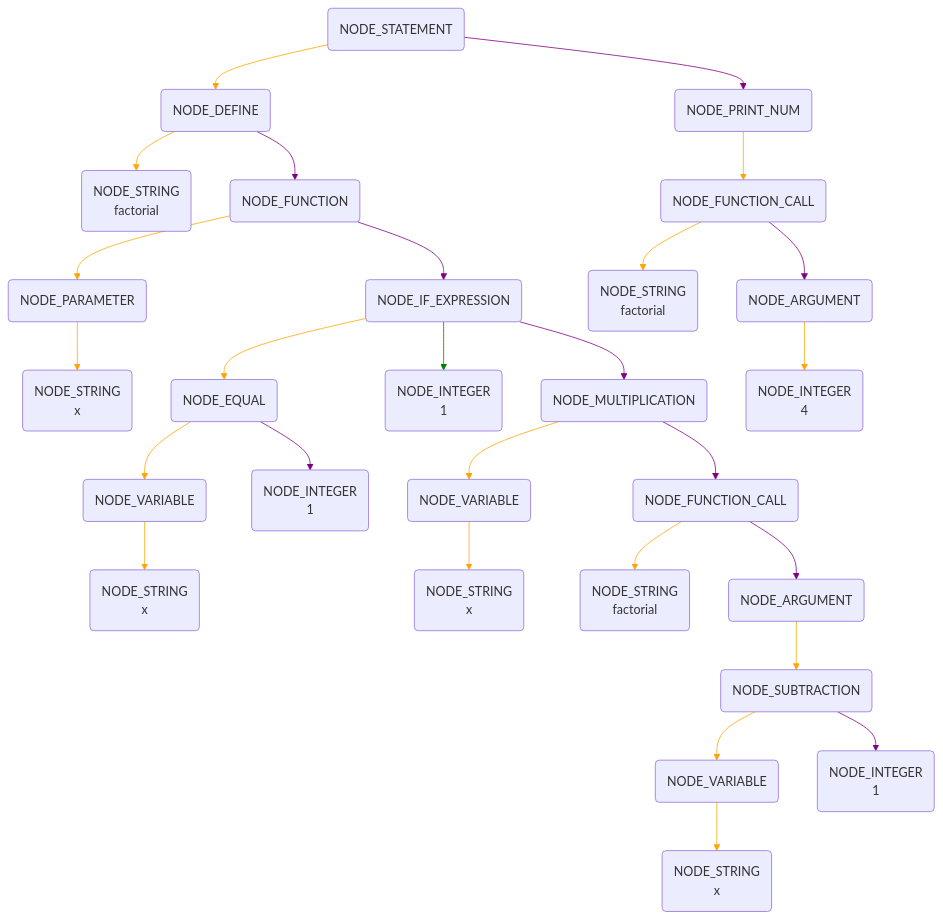
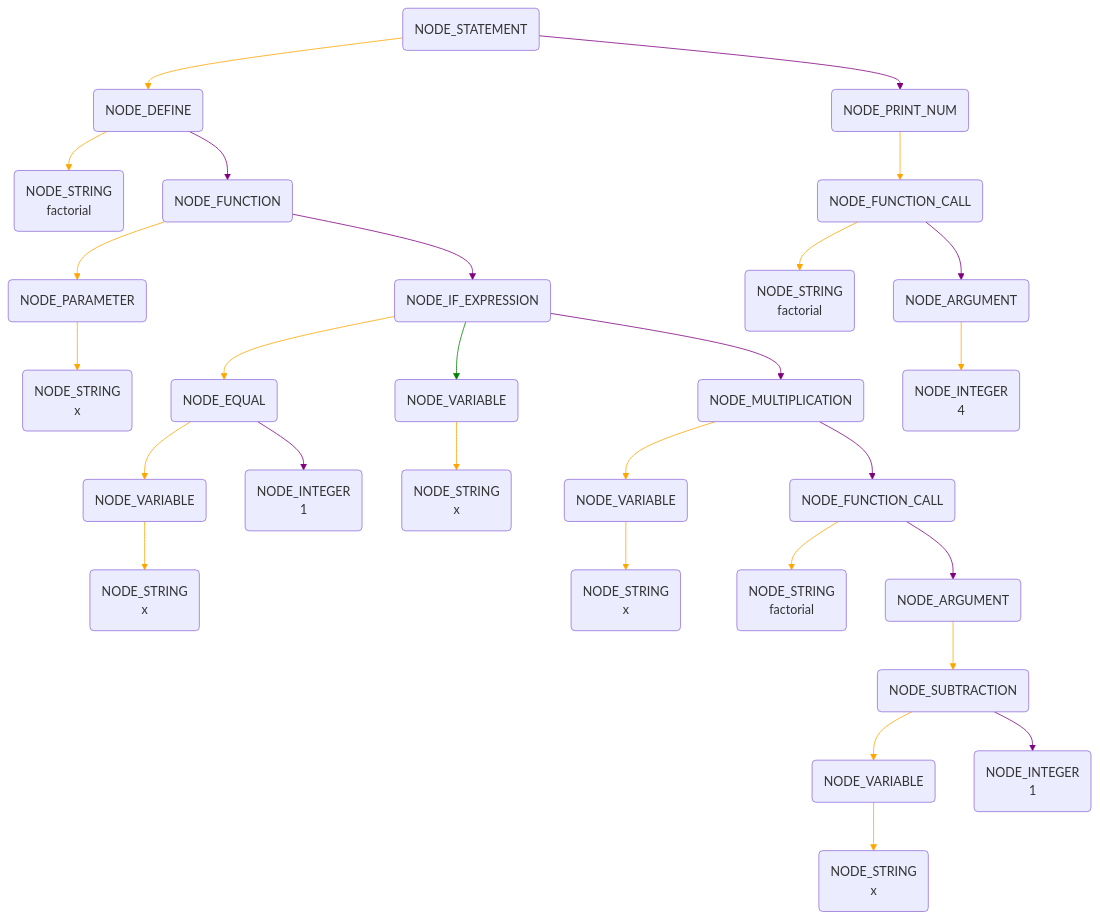
One commit to RobinHsieh/Compiler_in_C changed the eighth of 8 diagrams in FinalProject/README.md. Above: the diagram before and after it, drawn with Mermaid. The commit also changed 1 other file, not shown here.

````diff
--- a/FinalProject/README.md
+++ b/FinalProject/README.md
@@ -272,33 +272,34 @@
 ```mermaid
 graph TB
 23(NODE_STATEMENT) --> 18(NODE_DEFINE)
 23 --> 14(NODE_PRINT_NUM)
 18 --> 2(NODE_STRING\nfactorial)
 18 --> 21(NODE_FUNCTION)
 21 --> 19(NODE_PARAMETER)
 21 --> 16(NODE_IF_EXPRESSION)
 19 --> 102(NODE_STRING\nx)
 16 --> 10(NODE_EQUAL)
-16 --> 0(NODE_INTEGER\n1)
+16 --> 17(NODE_VARIABLE)
 16 --> 3(NODE_MULTIPLICATION)
-10 --> 17(NODE_VARIABLE)
+10 --> 117(NODE_VARIABLE)
 10 --> 100(NODE_INTEGER\n1)
 17 --> 202(NODE_STRING\nx)
-3 --> 117(NODE_VARIABLE)
+3 --> 217(NODE_VARIABLE)
 3 --> 22(NODE_FUNCTION_CALL)
 117 --> 302(NODE_STRING\nx)
 22 --> 402(NODE_STRING\nfactorial)
 22 --> 20(NODE_ARGUMENT)
 20 --> 4(NODE_SUBTRACTION)
-4 --> 217(NODE_VARIABLE)
+4 --> 317(NODE_VARIABLE)
 4 --> 200(NODE_INTEGER\n1)
-217 --> 502(NODE_STRING\nx)
+317 --> 502(NODE_STRING\nx)
+217 --> 602(NODE_STRING\nx)
 14 --> 122(NODE_FUNCTION_CALL)
-122 --> 602(NODE_STRING\nfactorial)
+122 --> 702(NODE_STRING\nfactorial)
 122 --> 220(NODE_ARGUMENT)
 220 --> 300(NODE_INTEGER\n4)
 
-linkStyle 0,2,4,6,7,10,12,13,15,16,18,19,21,22,23,25 stroke:orange;
+linkStyle 0,2,4,6,7,10,12,13,15,16,18,19,21,22,23,24,26 stroke:orange;
 linkStyle 8 stroke:green;
-linkStyle 1,3,5,9,11,14,17,20,24 stroke:purple;
+linkStyle 1,3,5,9,11,14,17,20,25 stroke:purple;
 ```
````
